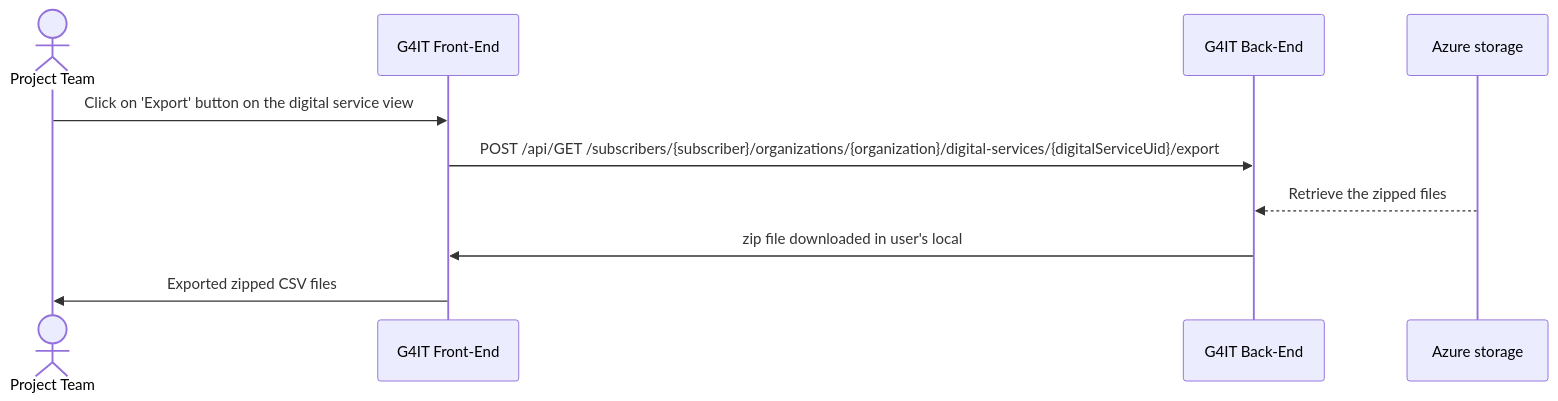
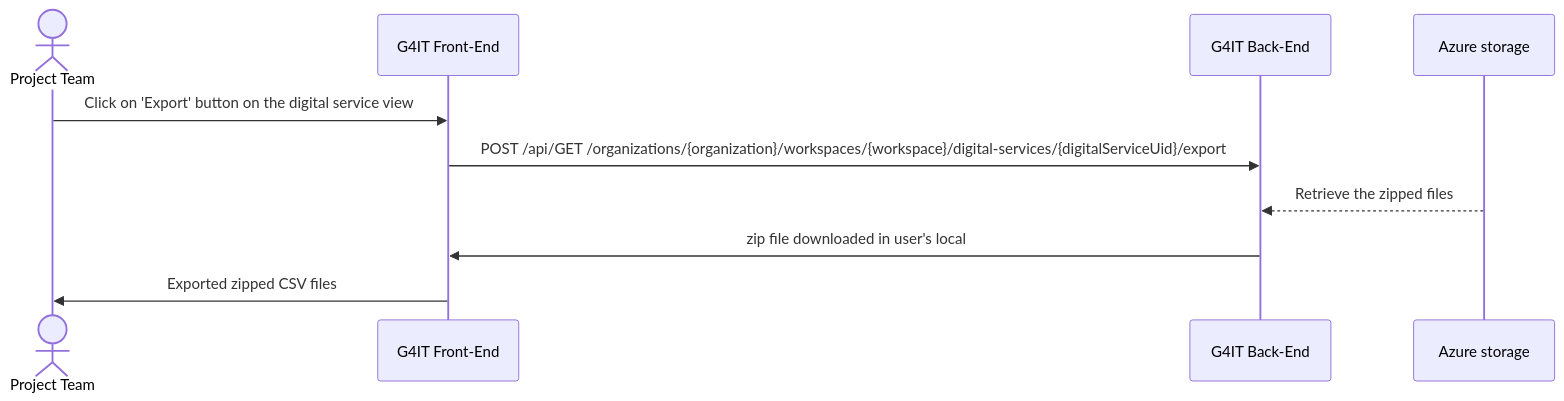
Before and after one commit to teamg4it/g4it: the second of 2 diagrams in services/documentation/content/2-functional-documentation/use_cases/uc_digital_services/uc6_export_digital_service.md, drawn with Mermaid. The commit also changed other lines of this file and 92 other files, not shown here.

```diff
--- a/services/documentation/content/2-functional-documentation/use_cases/uc_digital_services/uc6_export_digital_service.md
+++ b/services/documentation/content/2-functional-documentation/use_cases/uc_digital_services/uc6_export_digital_service.md
@@ -54,14 +54,14 @@
 {{< mermaid >}}
 sequenceDiagram
 actor RND as Project Team
 participant front as G4IT Front-End
 participant back as G4IT Back-End
 participant Azure storage
 
     RND ->> front: Click on 'Export' button on the digital service view
-    front ->> back: POST /api/GET /subscribers/{subscriber}/organizations/{organization}/digital-services/{digitalServiceUid}/export
+    front ->> back: POST /api/GET /organizations/{organization}/workspaces/{workspace}/digital-services/{digitalServiceUid}/export
     Azure storage -->> back: Retrieve the zipped files
     back ->> front: zip file downloaded in user's local
     front ->> RND: Exported zipped CSV files
 
 {{</ mermaid >}}
```
